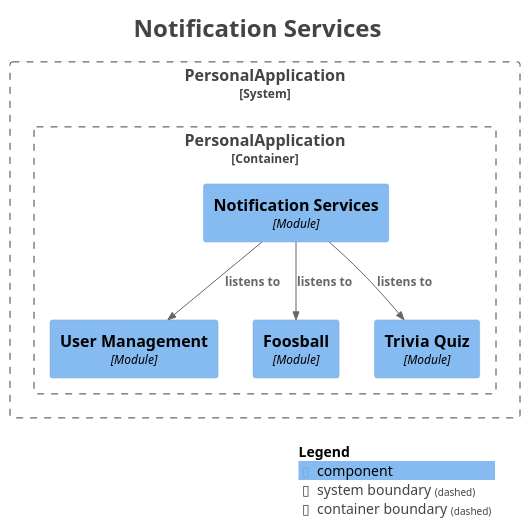
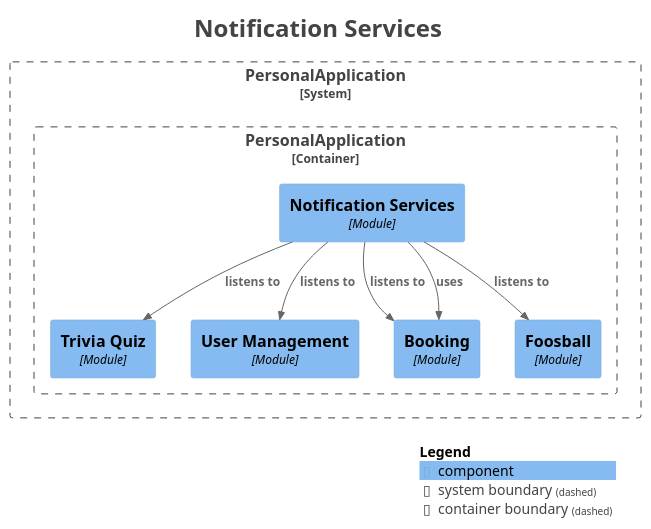
The diagram in docs/modulith/module-notification.puml (SnapPetal/PersonalWeb), drawn with PlantUML before and after one commit. The commit also changed 9 other files, not shown here.

First line of the commit message:
refactor: move CalendarService to notification module and fix timezone

```diff
--- a/docs/modulith/module-notification.puml
+++ b/docs/modulith/module-notification.puml
@@ -1,34 +1,37 @@
 @startuml
 title <size:24>Notification Services</size>
 
 set separator none
 top to bottom direction
 
 <style>
   root {
     BackgroundColor: #ffffff
     FontColor: #444444
   }
 </style>
 
 !include <C4/C4>
 !include <C4/C4_Context>
 !include <C4/C4_Component>
 
 System_Boundary("PersonalApplication_boundary", "PersonalApplication", $tags="") {
   Container_Boundary("PersonalApplication.PersonalApplication_boundary", "PersonalApplication", $tags="") {
+    Component(PersonalApplication.PersonalApplication.TriviaQuiz, "Trivia Quiz", $techn="Module", $descr="", $tags="", $link="")
     Component(PersonalApplication.PersonalApplication.UserManagement, "User Management", $techn="Module", $descr="", $tags="", $link="")
     Component(PersonalApplication.PersonalApplication.NotificationServices, "Notification Services", $techn="Module", $descr="", $tags="", $link="")
+    Component(PersonalApplication.PersonalApplication.Booking, "Booking", $techn="Module", $descr="", $tags="", $link="")
     Component(PersonalApplication.PersonalApplication.Foosball, "Foosball", $techn="Module", $descr="", $tags="", $link="")
-    Component(PersonalApplication.PersonalApplication.TriviaQuiz, "Trivia Quiz", $techn="Module", $descr="", $tags="", $link="")
   }
 
 }
 
-Rel(PersonalApplication.PersonalApplication.NotificationServices, PersonalApplication.PersonalApplication.TriviaQuiz, "listens to", $techn="", $tags="", $link="")
 Rel(PersonalApplication.PersonalApplication.NotificationServices, PersonalApplication.PersonalApplication.Foosball, "listens to", $techn="", $tags="", $link="")
 Rel(PersonalApplication.PersonalApplication.NotificationServices, PersonalApplication.PersonalApplication.UserManagement, "listens to", $techn="", $tags="", $link="")
+Rel(PersonalApplication.PersonalApplication.NotificationServices, PersonalApplication.PersonalApplication.TriviaQuiz, "listens to", $techn="", $tags="", $link="")
+Rel(PersonalApplication.PersonalApplication.NotificationServices, PersonalApplication.PersonalApplication.Booking, "listens to", $techn="", $tags="", $link="")
+Rel(PersonalApplication.PersonalApplication.NotificationServices, PersonalApplication.PersonalApplication.Booking, "uses", $techn="", $tags="", $link="")
 
 SHOW_LEGEND(true)
 hide stereotypes
 @enduml
```
